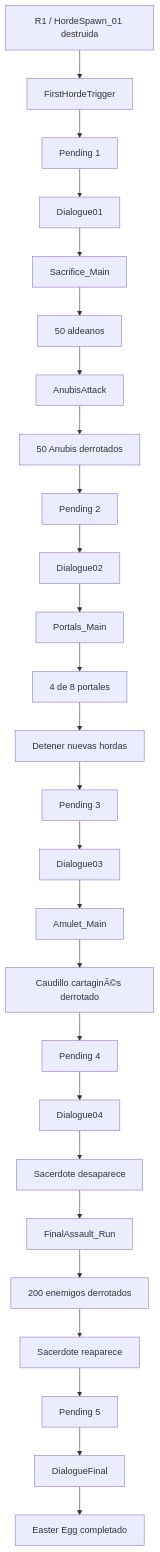
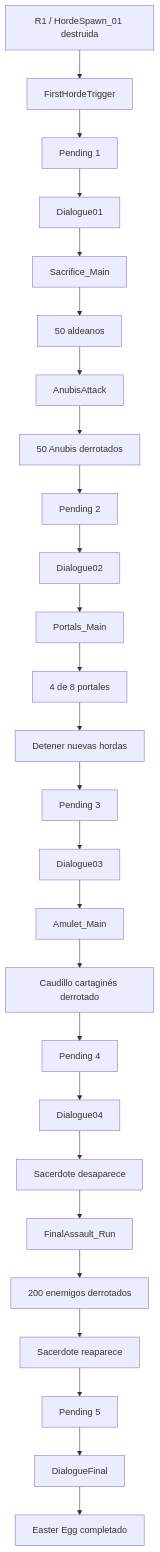
One commit to CarlosTorresCid/Imperivm-III- changed the second of 2 diagrams in README.md. Above: the diagram before and after it, drawn with Mermaid. The commit also changed other lines of this file, not shown here.

````diff
--- a/README.md
+++ b/README.md
@@ -1413,36 +1411,36 @@
 ```mermaid
 flowchart TD
     A[R1 / HordeSpawn_01 destruida] --> B[FirstHordeTrigger]
     B --> C[Pending 1]
     C --> D[Dialogue01]
 
     D --> E[Sacrifice_Main]
     E --> F[50 aldeanos]
     F --> G[AnubisAttack]
     G --> H[50 Anubis derrotados]
 
     H --> I[Pending 2]
     I --> J[Dialogue02]
 
     J --> K[Portals_Main]
     K --> L[4 de 8 portales]
     L --> M[Detener nuevas hordas]
 
     M --> N[Pending 3]
     N --> O[Dialogue03]
 
     O --> P[Amulet_Main]
-    P --> Q[Caudillo cartaginÃ©s derrotado]
+    P --> Q[Caudillo cartaginés derrotado]
 
     Q --> R[Pending 4]
     R --> S[Dialogue04]
 
     S --> T[Sacerdote desaparece]
     T --> U[FinalAssault_Run]
     U --> V[200 enemigos derrotados]
 
     V --> W[Sacerdote reaparece]
     W --> X[Pending 5]
     X --> Y[DialogueFinal]
     Y --> Z[Easter Egg completado]
 ```
````
